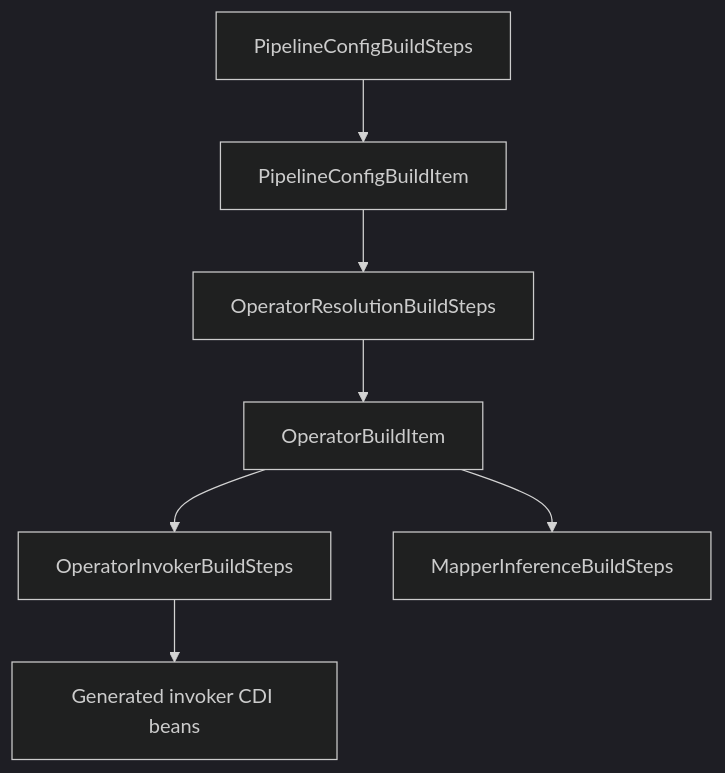
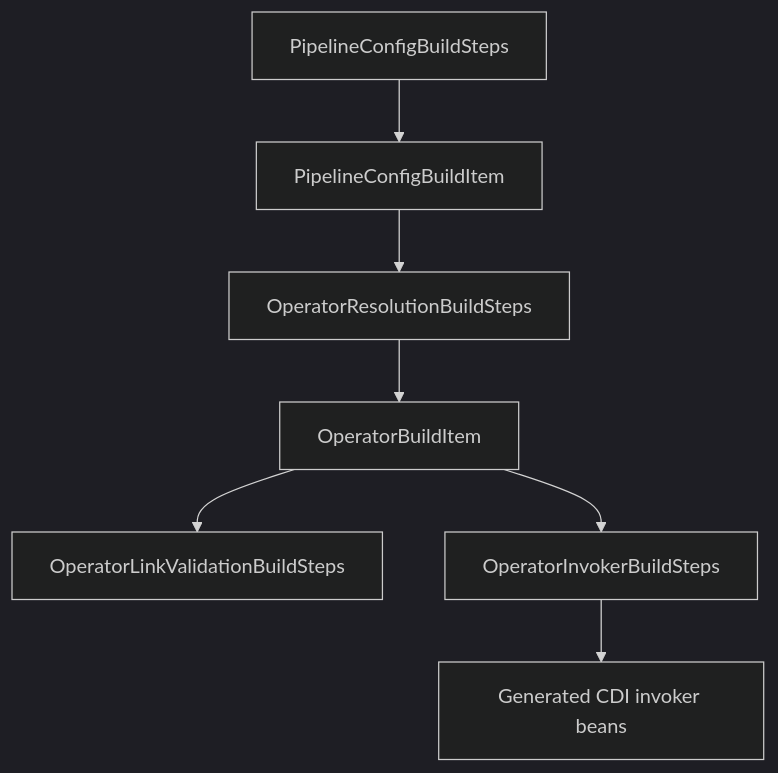
The diagram in docs/guide/evolve/operators-internals.md (The-Pipeline-Framework/pipelineframework), drawn with Mermaid (dark theme) before and after one commit. The commit also changed other lines of this file and 5 other files, not shown here.

Commit message:
docs(operators): refresh guide content with current behavior and diagrams

````diff
--- a/docs/guide/evolve/operators-internals.md
+++ b/docs/guide/evolve/operators-internals.md
@@ -5,9 +5,9 @@
 ```mermaid
 flowchart TD
   A["PipelineConfigBuildSteps"] --> B["PipelineConfigBuildItem"]
   B --> C["OperatorResolutionBuildSteps"]
   C --> D["OperatorBuildItem"]
-  D --> E["OperatorInvokerBuildSteps"]
-  E --> F["Generated invoker CDI beans"]
-  D --> G["MapperInferenceBuildSteps"]
+  D --> E["OperatorLinkValidationBuildSteps"]
+  D --> F["OperatorInvokerBuildSteps"]
+  F --> G["Generated CDI invoker beans"]
 ```
````
